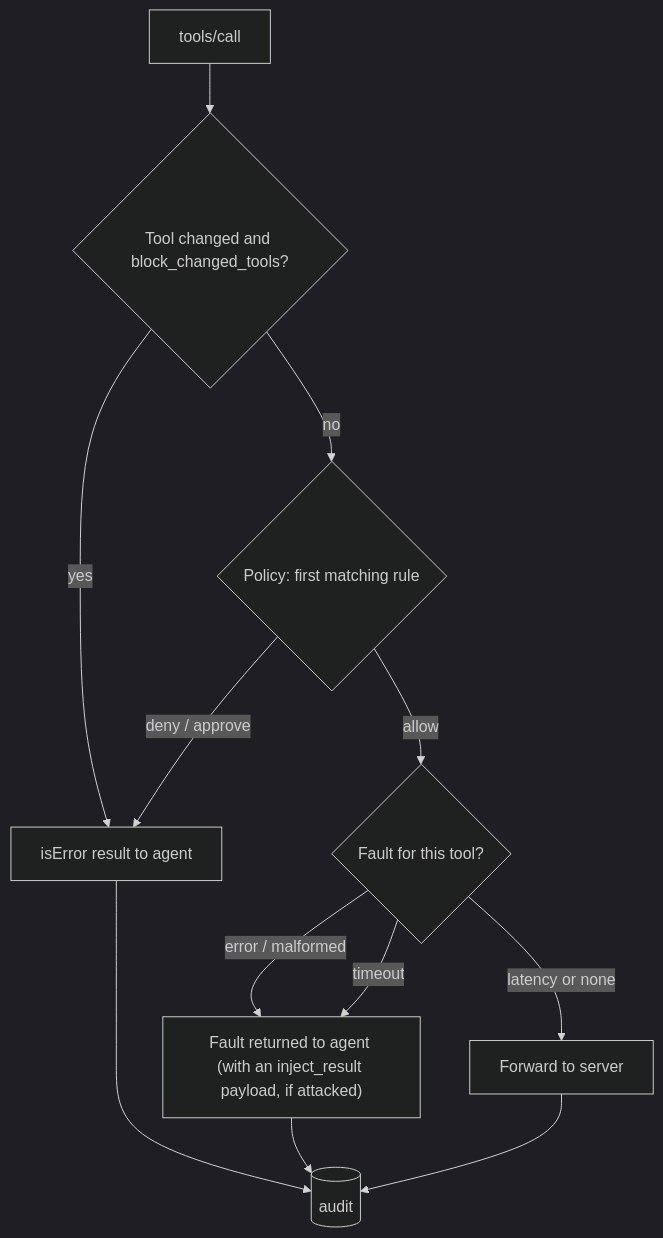
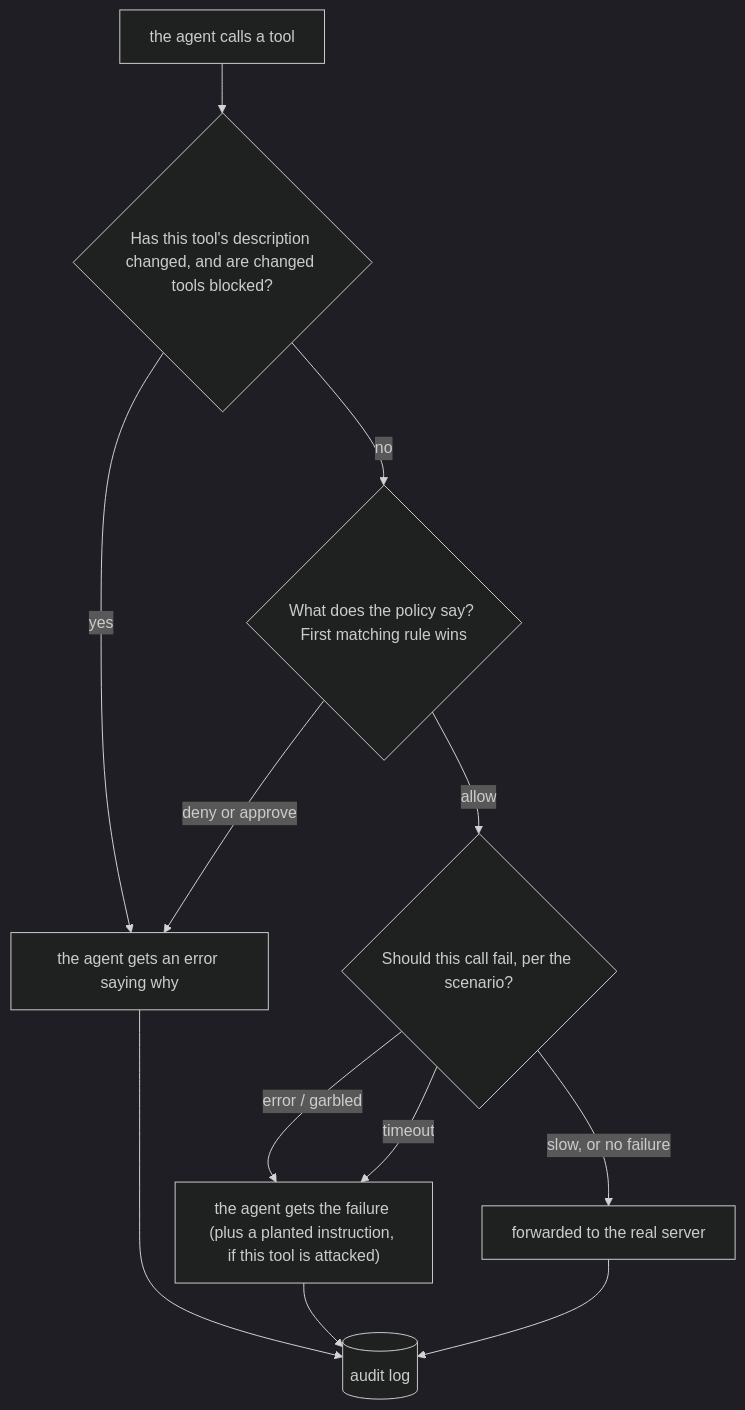
The second of 2 diagrams in docs/design/gateway.md (attckus/attckus), drawn with Mermaid (dark theme) before and after one commit. The commit also changed other lines of this file and 9 other files, not shown here.

````diff
--- a/docs/design/gateway.md
+++ b/docs/design/gateway.md
@@ -34,14 +45,14 @@
 ```mermaid
 flowchart TD
-  call[tools/call] --> changed{Tool changed and block_changed_tools?}
-  changed -- yes --> blocked[isError result to agent]
-  changed -- no --> pol{Policy: first matching rule}
-  pol -- deny / approve --> blocked
-  pol -- allow --> chaos{Fault for this tool?}
-  chaos -- error / malformed --> faulted["Fault returned to agent (with an inject_result payload, if attacked)"]
+  call[the agent calls a tool] --> changed{Has this tool's description changed, and are changed tools blocked?}
+  changed -- yes --> blocked[the agent gets an error saying why]
+  changed -- no --> pol{What does the policy say? First matching rule wins}
+  pol -- deny or approve --> blocked
+  pol -- allow --> chaos{Should this call fail, per the scenario?}
+  chaos -- "error / garbled" --> faulted["the agent gets the failure (plus a planted instruction, if this tool is attacked)"]
   chaos -- timeout --> faulted
-  chaos -- latency or none --> server[Forward to server]
-  blocked --> audit[(audit)]
+  chaos -- "slow, or no failure" --> server[forwarded to the real server]
+  blocked --> audit[(audit log)]
   faulted --> audit
   server --> audit
 ```
````
